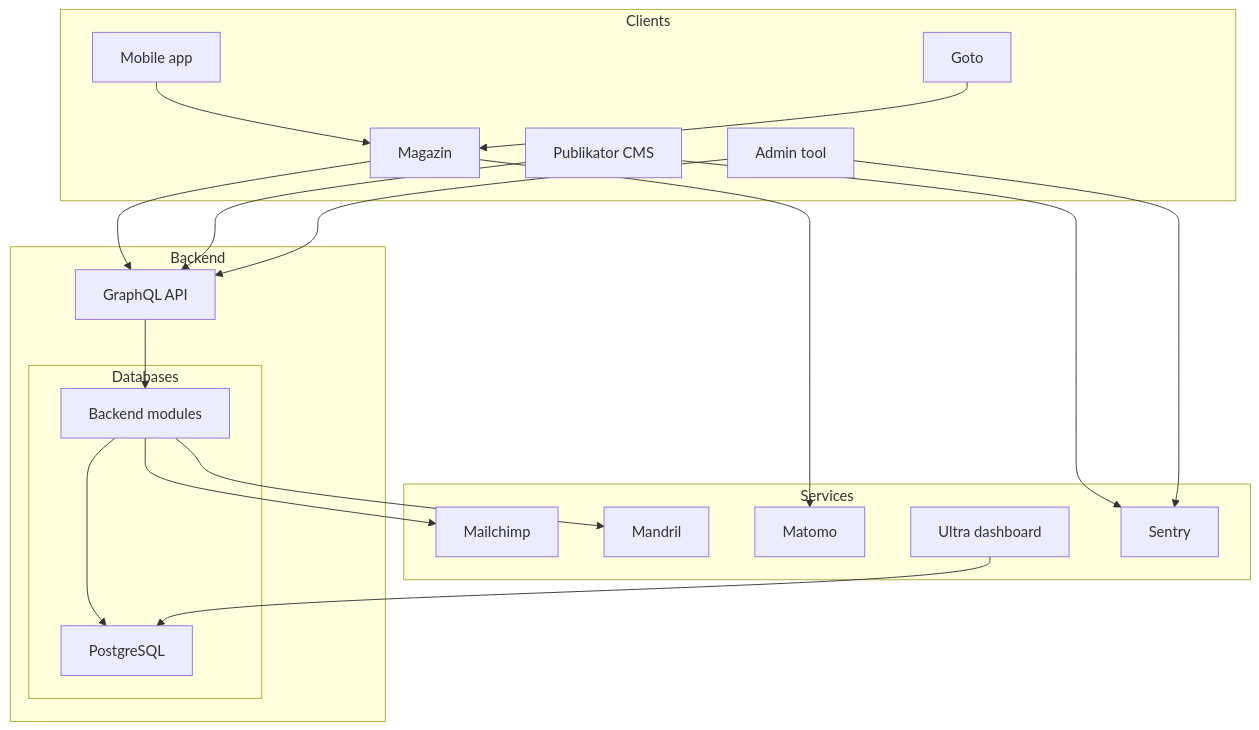
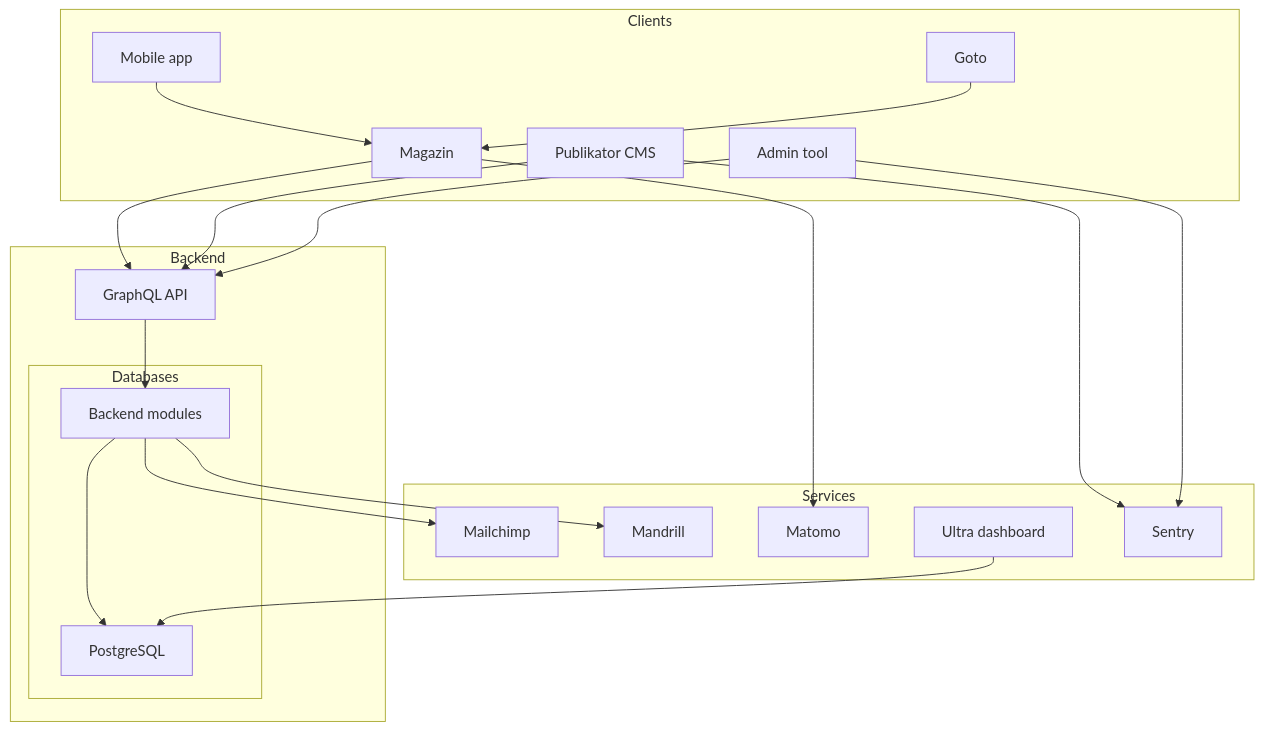
Before and after one commit to republik/plattform: the diagram in docs/pages/software/architecture.md, drawn with Mermaid. The commit also changed other lines of this file, not shown here.

Commit message:
docs: fix Mandrill typo in software/architecture

````diff
--- a/docs/pages/software/architecture.md
+++ b/docs/pages/software/architecture.md
@@ -5,44 +5,44 @@
 ```mermaid
 graph TD;
   subgraph Clients [Clients]
     APP[Mobile app];
     MAGAZIN[Magazin];
     PUBLIKATOR[Publikator CMS];
     ADMIN[Admin tool];
     GOTO[Goto];
     APP --> MAGAZIN;
     GOTO --> MAGAZIN;
   end
 
   subgraph Backend [Backend]
     API[GraphQL API];
     BACKEND_MODULES[Backend modules];
     API --> BACKEND_MODULES;
     MAGAZIN --> API;
     PUBLIKATOR --> API;
     ADMIN --> API;
 
     subgraph Databases [Databases]
       DB[PostgreSQL];
       BACKEND_MODULES --> DB;
     end
 
   end
 
   subgraph Services [Services]
     MAILCHIMP[Mailchimp];
-    MANDRIL[Mandril];
+    MANDRILL[Mandrill];
     MATOMO[Matomo];
     ULTRA[Ultra dashboard];
     SENTRY[Sentry];
 
     BACKEND_MODULES --> MAILCHIMP;
-    BACKEND_MODULES --> MANDRIL;
+    BACKEND_MODULES --> MANDRILL;
 
     MAGAZIN --> MATOMO;
     PUBLIKATOR --> SENTRY;
     ADMIN --> SENTRY;
 
     ULTRA --> DB;
   end
 ```
````
